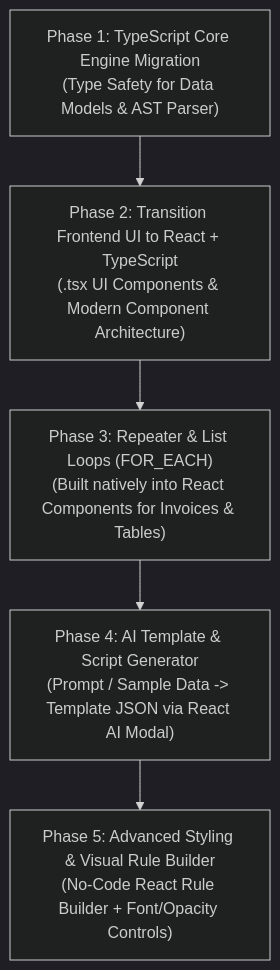
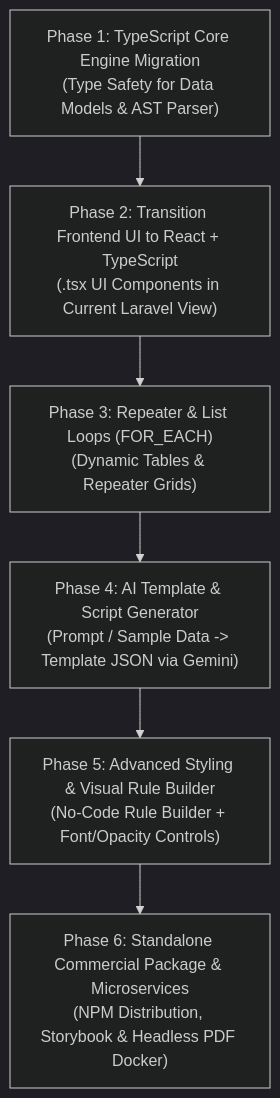
The diagram in docs/dev-notes/template-designer/07-roadmap.md (BKF521/pgy-docs), drawn with Mermaid (dark theme) before and after one commit. The commit also changed other lines of this file and 5 other files, not shown here.

````diff
--- a/docs/dev-notes/template-designer/07-roadmap.md
+++ b/docs/dev-notes/template-designer/07-roadmap.md
@@ -49,7 +49,8 @@
 ```mermaid
 graph TD
-    P1["Phase 1: TypeScript Core Engine Migration<br/>(Type Safety for Data Models & AST Parser)"] --> P2["Phase 2: Transition Frontend UI to React + TypeScript<br/>(.tsx UI Components & Modern Component Architecture)"]
-    P2 --> P3["Phase 3: Repeater & List Loops (FOR_EACH)<br/>(Built natively into React Components for Invoices & Tables)"]
-    P3 --> P4["Phase 4: AI Template & Script Generator<br/>(Prompt / Sample Data -> Template JSON via React AI Modal)"]
-    P4 --> P5["Phase 5: Advanced Styling & Visual Rule Builder<br/>(No-Code React Rule Builder + Font/Opacity Controls)"]
+    P1["Phase 1: TypeScript Core Engine Migration<br/>(Type Safety for Data Models & AST Parser)"] --> P2["Phase 2: Transition Frontend UI to React + TypeScript<br/>(.tsx UI Components in Current Laravel View)"]
+    P2 --> P3["Phase 3: Repeater & List Loops (FOR_EACH)<br/>(Dynamic Tables & Repeater Grids)"]
+    P3 --> P4["Phase 4: AI Template & Script Generator<br/>(Prompt / Sample Data -> Template JSON via Gemini)"]
+    P4 --> P5["Phase 5: Advanced Styling & Visual Rule Builder<br/>(No-Code Rule Builder + Font/Opacity Controls)"]
+    P5 --> P6["Phase 6: Standalone Commercial Package & Microservices<br/>(NPM Distribution, Storybook & Headless PDF Docker)"]
 ```
````
